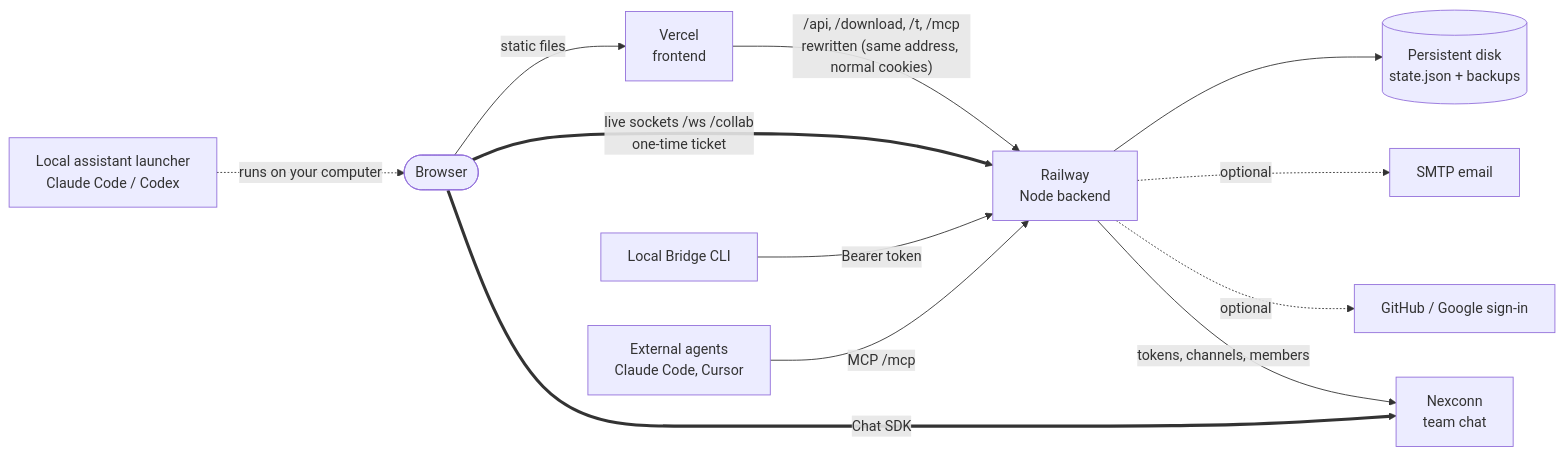
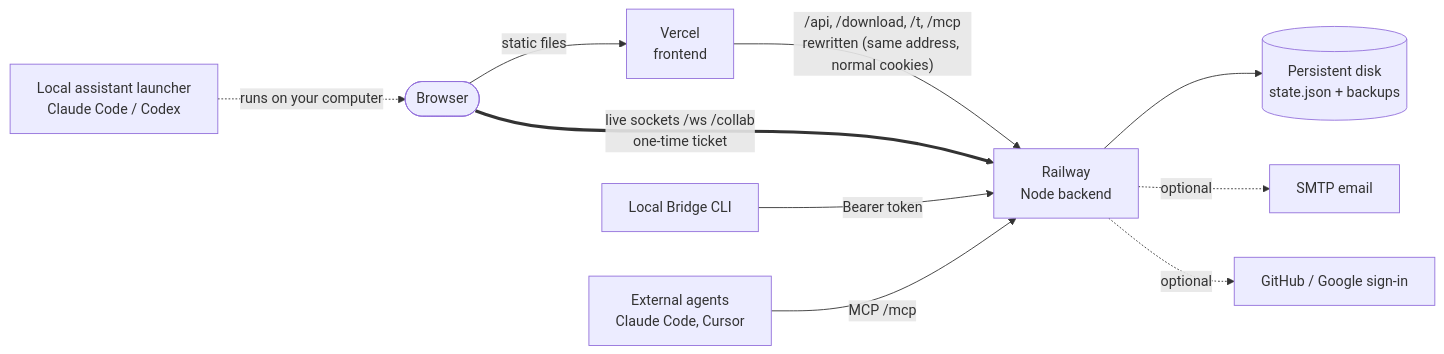
The first of 6 diagrams in README.md (Piyush5525/Hackconnect), drawn with Mermaid before and after one commit. The commit also changed other lines of this file and 23 other files, not shown here.

````diff
--- a/README.md
+++ b/README.md
@@ -156,14 +102,12 @@
 ```mermaid
 flowchart LR
   U([Browser]) -->|static files| V[Vercel<br/>frontend]
   V -->|"/api, /download, /t, /mcp<br/>rewritten (same address, normal cookies)"| R[Railway<br/>Node backend]
   U ==>|"live sockets /ws /collab<br/>one-time ticket"| R
   R --> D[(Persistent disk<br/>state.json + backups)]
   R -.->|optional| M[SMTP email]
   R -.->|optional| O[GitHub / Google sign-in]
-  R -->|"tokens, channels, members"| N[Nexconn<br/>team chat]
-  U ==>|"Chat SDK"| N
   L[Local assistant launcher<br/>Claude Code / Codex] -.->|"runs on your computer"| U
   B[Local Bridge CLI] -->|Bearer token| R
   X[External agents<br/>Claude Code, Cursor] -->|MCP /mcp| R
 ```
````
